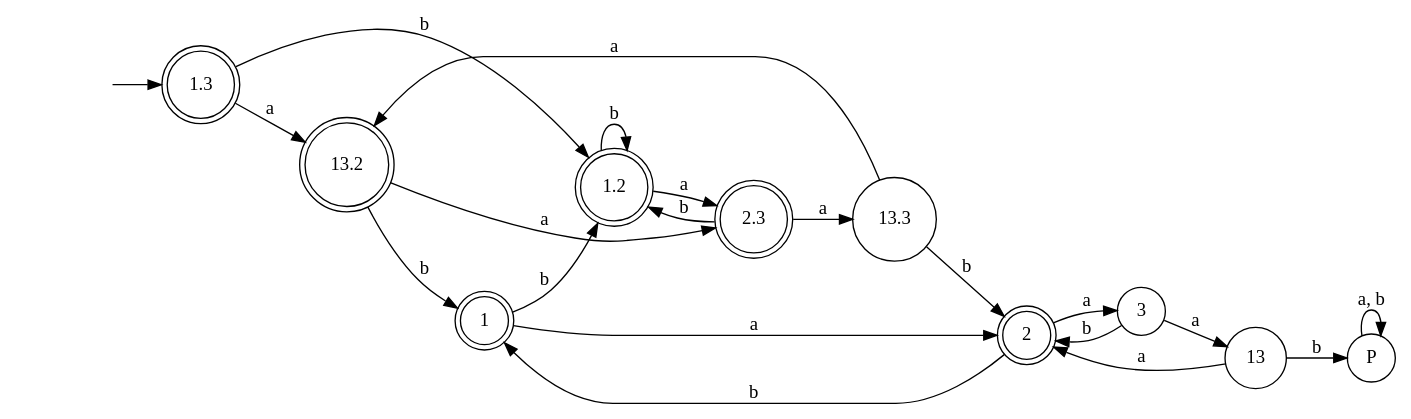
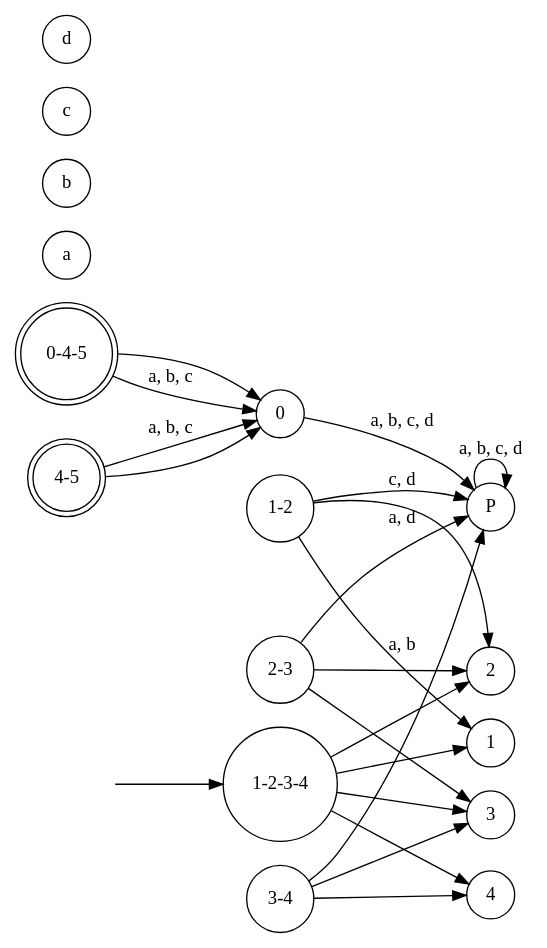
One commit to avivi55/FiniteAutomaton changed the diagram in dot/automata.dot. Above: the diagram before and after it, drawn with Graphviz. The commit also changed 7 other files, not shown here.

```diff
--- a/dot/automata.dot
+++ b/dot/automata.dot
@@ -1,34 +1,29 @@
 digraph finite_state_machine { rankdir=LR
 	node [shape=doublecircle]
-	1.3
-	13.2
-	1
-	2
-	2.3
-	1.2
-	1.2
+	"4-5"
+	"0-4-5"
 
 	node [shape=circle]
 	fake0 [style=invisible]
-	fake0 -> 1.3
+	fake0 -> "1-2-3-4"
 
-	1.3 -> 13.2 [label="a"] 
-	1.3 -> 1.2 [label="b"] 
-	13.2 -> 2.3 [label="a"] 
-	13.2 -> 1 [label="b"] 
-	1 -> 2 [label="a"] 
-	1 -> 1.2 [label="b"] 
-	2 -> 1 [label="b"] 
-	2 -> 3 [label="a"] 
-	3 -> 2 [label="b"] 
-	3 -> 13 [label="a"] 
-	13 -> 2 [label="a"] 
-	13 -> P [label="b"] 
-	2.3 -> 13.3 [label="a"] 
-	2.3 -> 1.2 [label="b"] 
-	13.3 -> 13.2 [label="a"] 
-	13.3 -> 2 [label="b"] 
-	1.2 -> 2.3 [label="a"] 
-	1.2 -> 1.2 [label="b"] 
-	P -> P [label="a, b"] 
+	"1-2-3-4" -> 1-2 [label="a"] 
+	"1-2-3-4" -> 2-3 [label="b"] 
+	"1-2-3-4" -> 3-4 [label="c"] 
+	"1-2-3-4" -> 4-5 [label="d"] 
+	"4-5" -> 0 [label="a, b, c"]
+	"4-5" -> 0-4-5 [label="d"]
+	"0-4-5" -> 0 [label="a, b, c"]
+	"0-4-5" -> 0-4-5 [label="d"]
+	"0" -> P [label="a, b, c, d"]
+	"2-3" -> P [label="a, d"]
+	"2-3" -> 2-3 [label="b"]
+	"2-3" -> 3-4 [label="c"]
+	"1-2" -> 1-2 [label="a"]
+	"1-2" -> 2-3 [label="b"]
+	"1-2" -> P [label="c, d"]
+	"3-4" -> P [label="a, b"]
+	"3-4" -> 3-4 [label="c"]
+	"3-4" -> 4-5 [label="d"]
+	"P" -> P [label="a, b, c, d"]
 }
```
